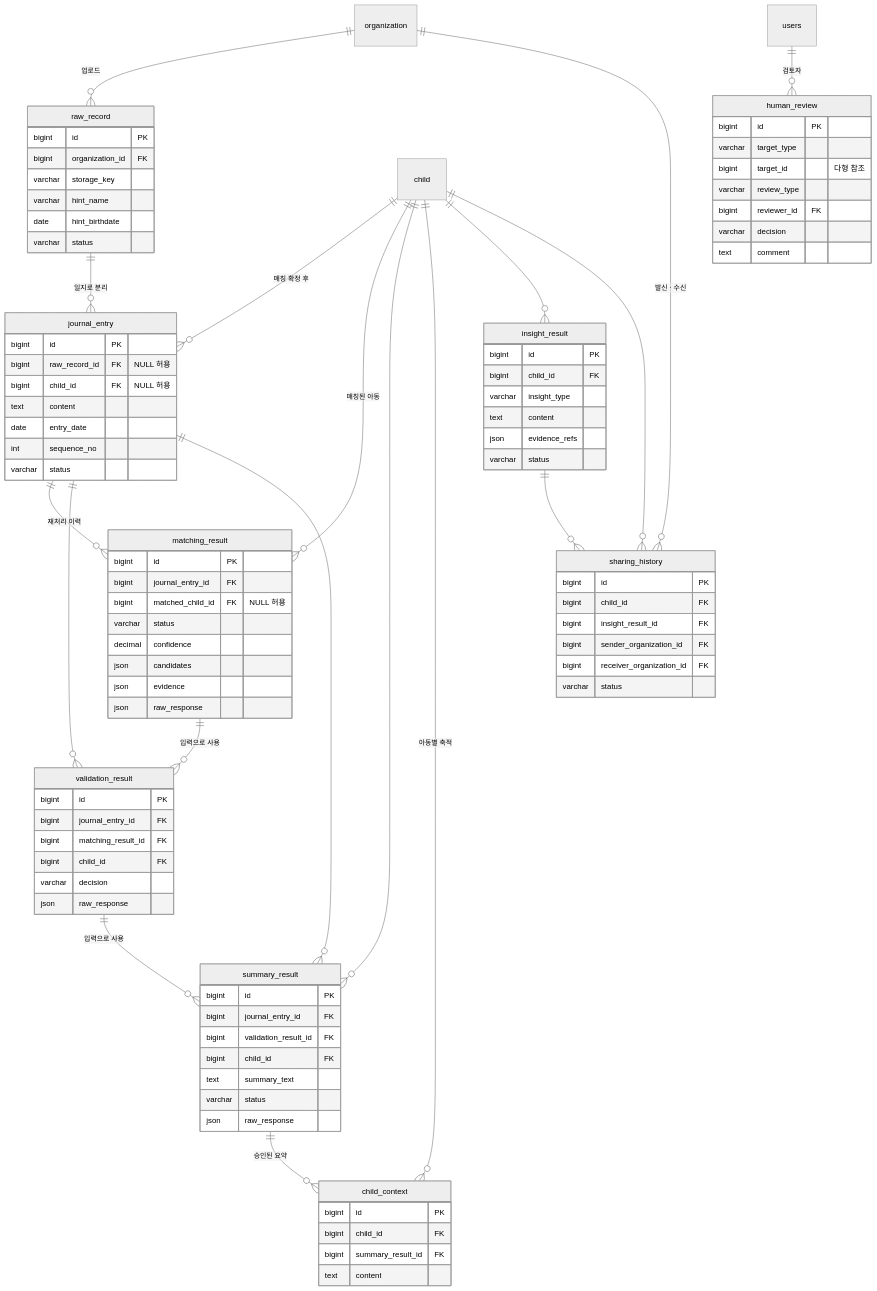
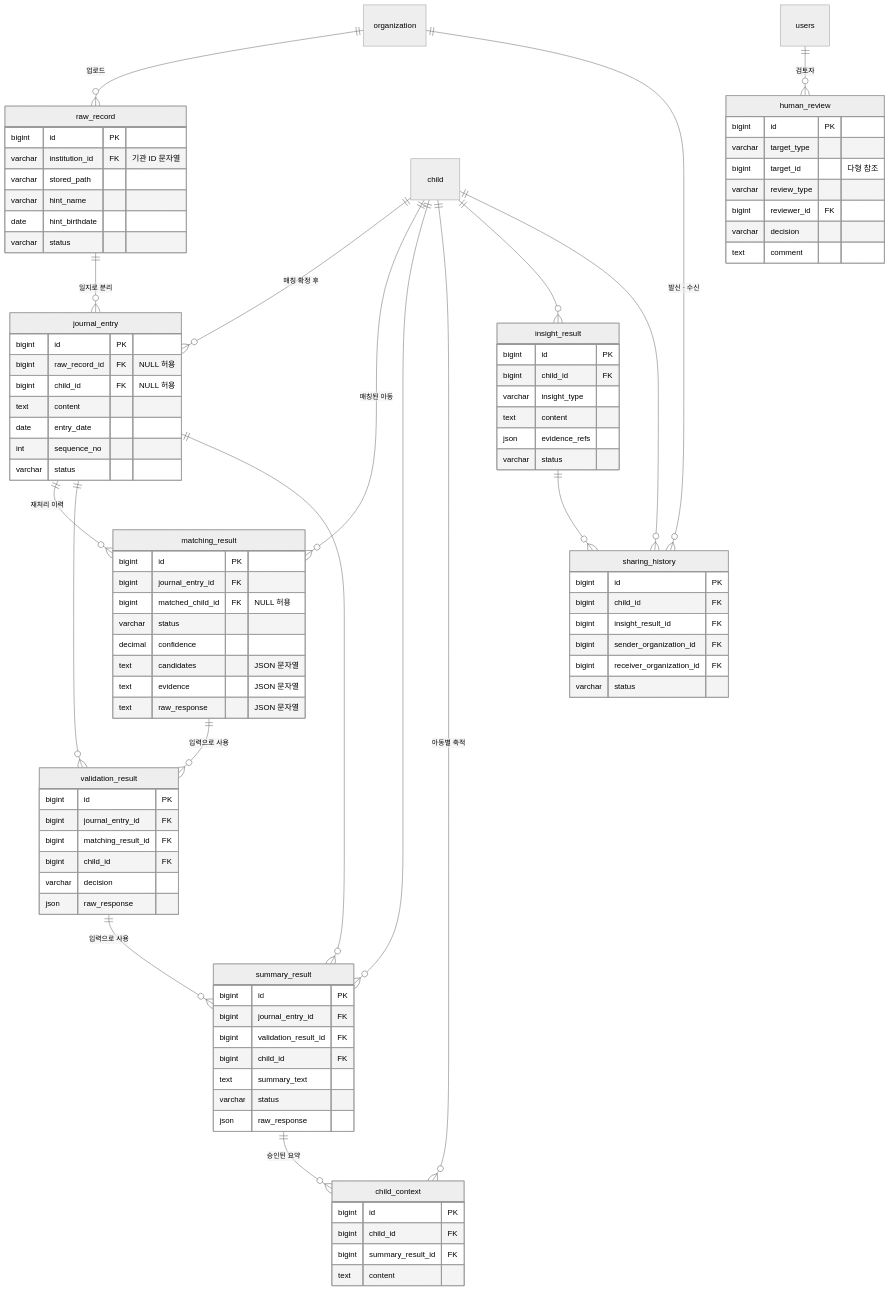
The second of 2 diagrams in docs/db/schema.md (kakaotechcampus-4/ktc4-kyungpook-2), drawn with Mermaid (neutral theme) before and after one commit. The commit also changed other lines of this file, not shown here.

```diff
--- a/docs/db/schema.md
+++ b/docs/db/schema.md
@@ -166,8 +160,8 @@
 
     raw_record {
         bigint id PK
-        bigint organization_id FK
-        varchar storage_key
+        varchar institution_id FK "기관 ID 문자열"
+        varchar stored_path
         varchar hint_name
         date hint_birthdate
         varchar status
@@ -187,9 +181,9 @@
         bigint matched_child_id FK "NULL 허용"
         varchar status
         decimal confidence
-        json candidates
-        json evidence
-        json raw_response
+        text candidates "JSON 문자열"
+        text evidence "JSON 문자열"
+        text raw_response "JSON 문자열"
     }
     validation_result {
         bigint id PK
```
